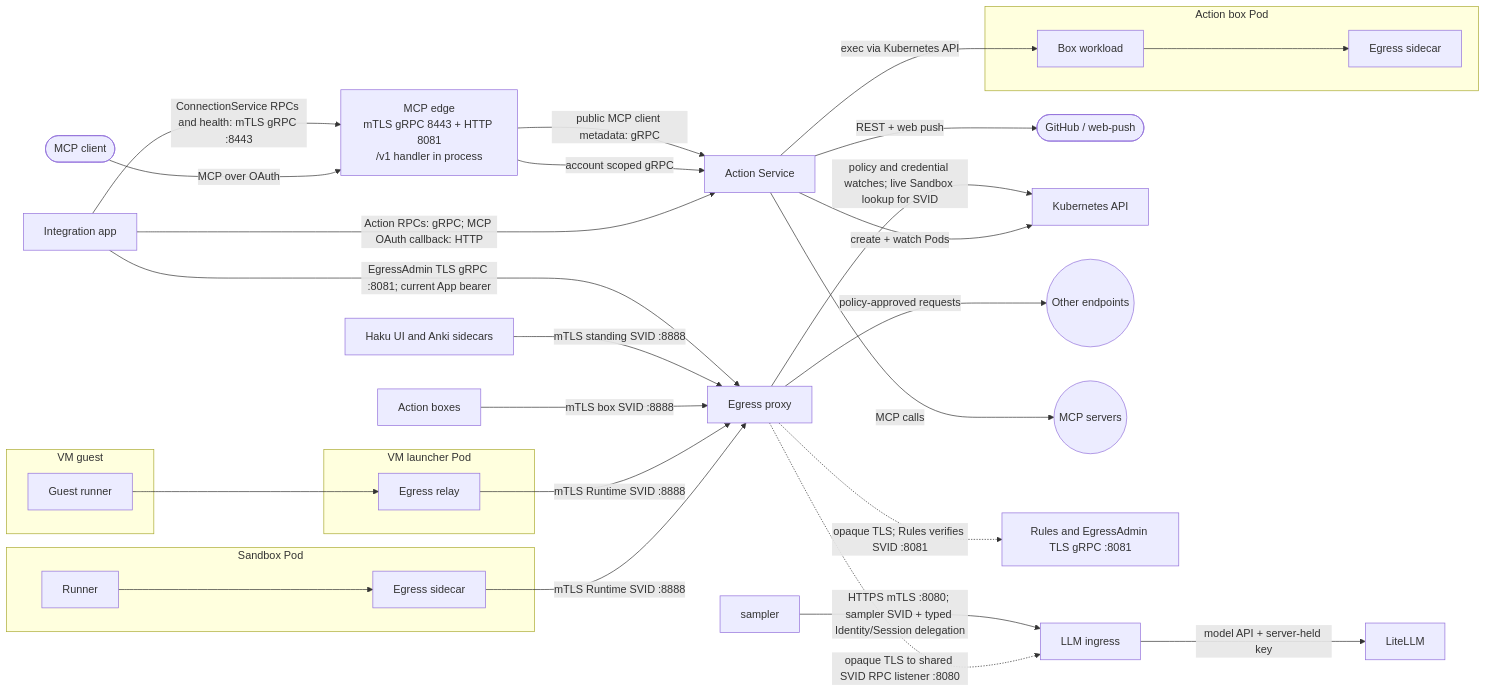
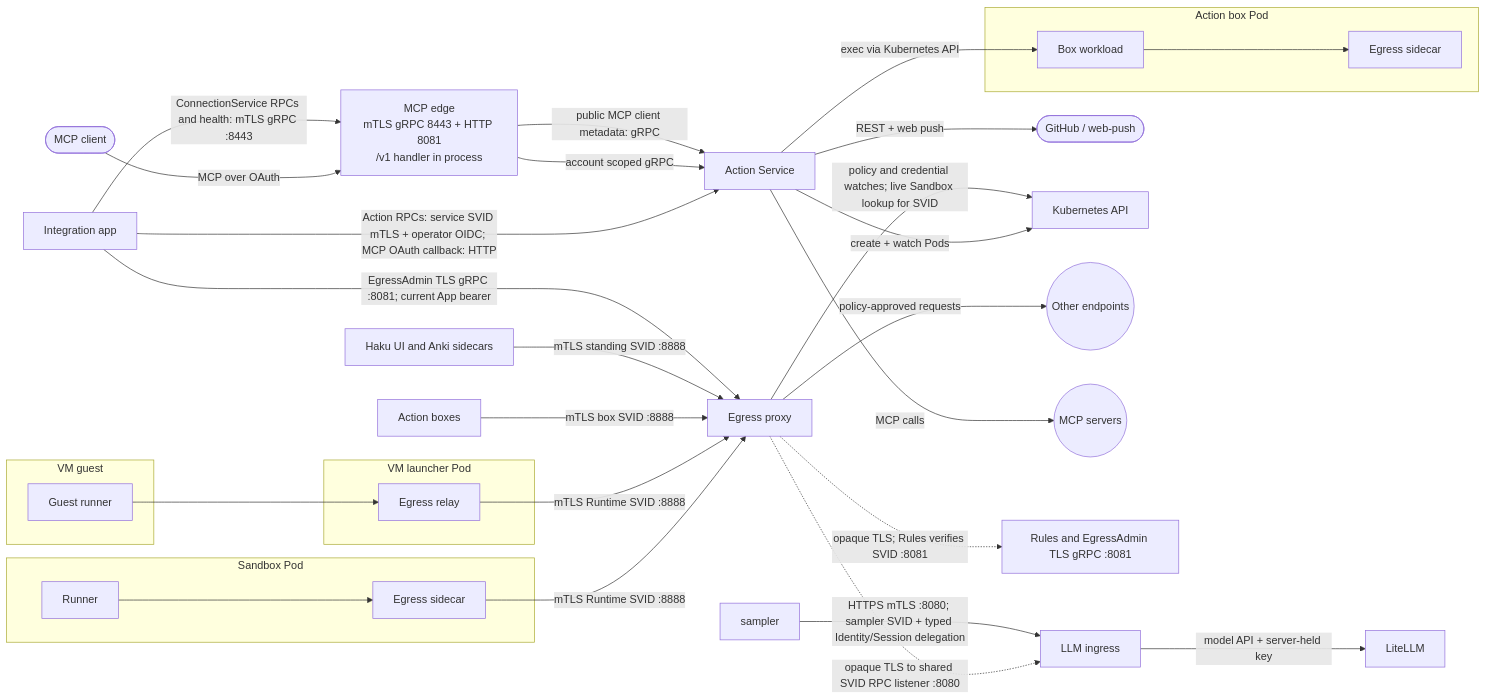
One commit to agentydragon/ducktape changed diagram 12 of 18 in agentplane/docs/system_overview.md. Above: the diagram before and after it, drawn with Mermaid. The commit also changed other lines of this file and 2 other files, not shown here.

Commit message:
Document Actions certificate-only receiver and cleanup dates

````diff
--- a/agentplane/docs/system_overview.md
+++ b/agentplane/docs/system_overview.md
@@ -682,50 +682,50 @@
 ```mermaid
 flowchart LR
     mcp_client([MCP client])
     github([GitHub / web-push])
     app[Integration app]
     actions[Action Service]
     edge["MCP edge<br/>mTLS gRPC 8443 + HTTP 8081<br/>/v1 handler in process"]
     k8s[Kubernetes API]
     subgraph box[Action box Pod]
         workload[Box workload]
         box_sidecar[Egress sidecar]
     end
     subgraph sandbox[Sandbox Pod]
         runner[Runner]
         sidecar[Egress sidecar]
     end
     subgraph vm_guest[VM guest]
         guest[Guest runner]
     end
     subgraph vm_pod[VM launcher Pod]
         relay[Egress relay]
     end
     egress[Egress proxy]
     llm[LLM ingress]
     litellm[LiteLLM]
     other((Other endpoints))
     mcp_servers((MCP servers))
 
     mcp_client -->|MCP over OAuth| edge
-    app -->|Action RPCs: gRPC; MCP OAuth callback: HTTP| actions
+    app -->|Action RPCs: service SVID mTLS + operator OIDC; MCP OAuth callback: HTTP| actions
     app -->|ConnectionService RPCs and health: mTLS gRPC :8443| edge
     edge -->|account scoped gRPC| actions
     edge -->|public MCP client metadata: gRPC| actions
     actions -->|create + watch Pods| k8s
     actions -->|exec via Kubernetes API| workload
     workload --> box_sidecar
     runner --> sidecar -->|mTLS Runtime SVID :8888| egress
     guest --> relay -->|mTLS Runtime SVID :8888| egress
     nonSandbox[Action boxes] -->|mTLS box SVID :8888| egress
     standing[Haku UI and Anki sidecars] -->|mTLS standing SVID :8888| egress
     app -->|EgressAdmin TLS gRPC :8081; current App bearer| egress
     egress -->|policy and credential watches; live Sandbox lookup for SVID| k8s
     egress -->|policy-approved requests| other
     egress -.->|opaque TLS; Rules verifies SVID :8081| rules[Rules and EgressAdmin TLS gRPC :8081]
     egress -.->|opaque TLS to shared SVID RPC listener :8080| llm
     sampler -->|HTTPS mTLS :8080; sampler SVID + typed Identity/Session delegation| llm
     llm -->|model API + server-held key| litellm
     actions -->|MCP calls| mcp_servers
     actions -->|REST + web push| github
 ```
````
